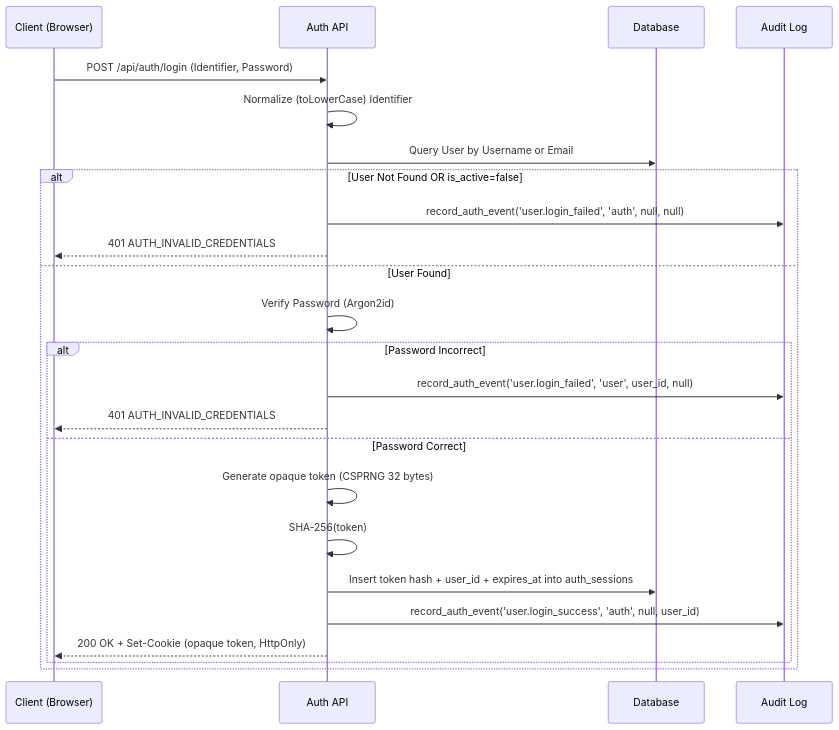
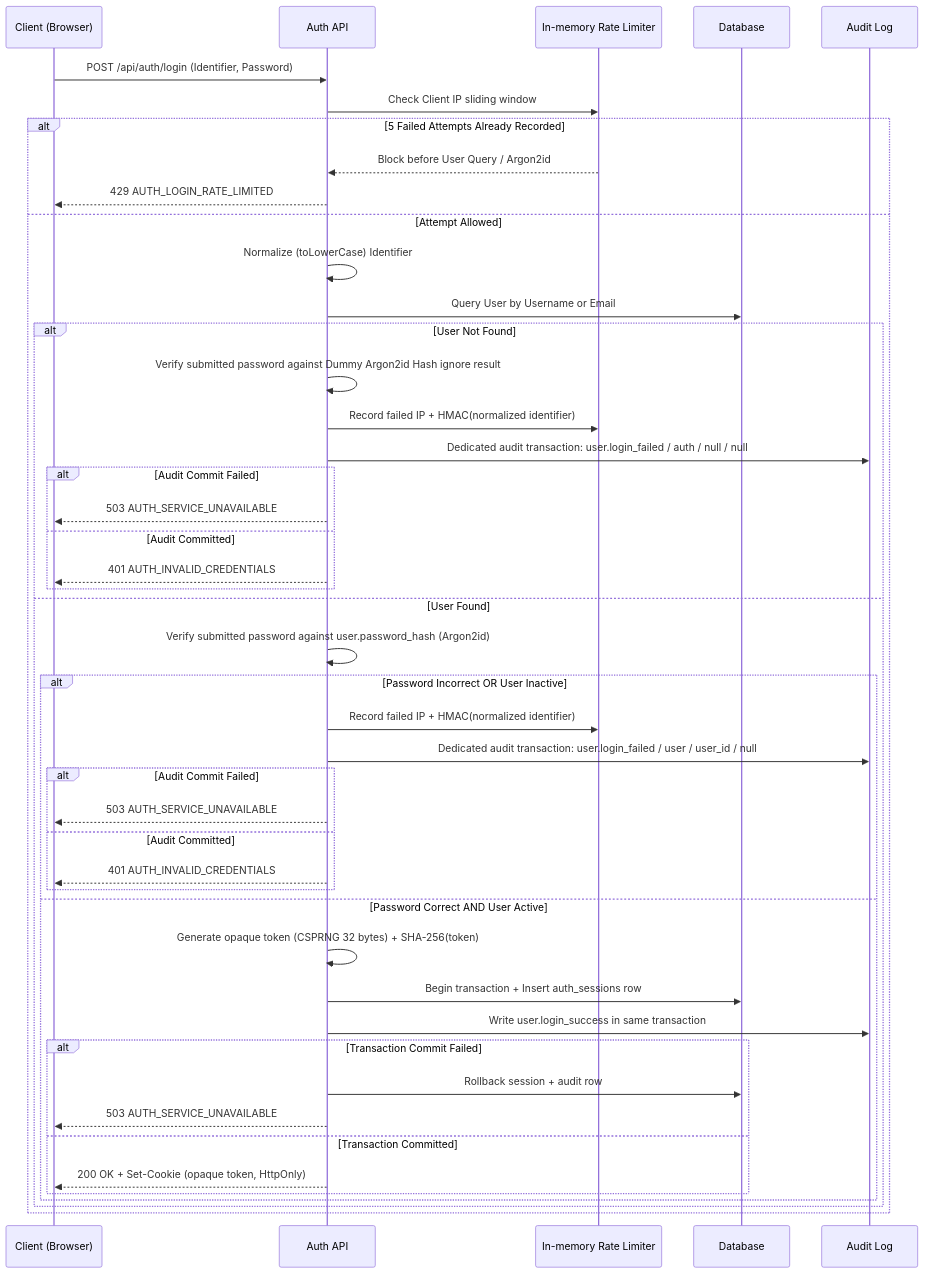
The third of 5 diagrams in Feature Design/00_Authentication(Naphat)/03_Component Diagram.md (Mynetmate/docs), drawn with Mermaid before and after one commit. The commit also changed other lines of this file and 45 other files, not shown here.

````diff
--- a/Feature Design/00_Authentication(Naphat)/03_Component Diagram.md
+++ b/Feature Design/00_Authentication(Naphat)/03_Component Diagram.md
@@ -5,28 +236,50 @@
 ```mermaid
 sequenceDiagram
     participant C as Client (Browser)
     participant A as Auth API
+    participant R as In-memory Rate Limiter
     participant DB as Database
     participant L as Audit Log
 
     C->>A: POST /api/auth/login (Identifier, Password)
-    A->>A: Normalize (toLowerCase) Identifier
-    A->>DB: Query User by Username or Email
-    
-    alt User Not Found OR is_active=false
-        A->>L: record_auth_event('user.login_failed', 'auth', null, null)
-        A-->>C: 401 AUTH_INVALID_CREDENTIALS
-    else User Found
-        A->>A: Verify Password (Argon2id)
-        alt Password Incorrect
-            A->>L: record_auth_event('user.login_failed', 'user', user_id, null)
-            A-->>C: 401 AUTH_INVALID_CREDENTIALS
-        else Password Correct
-            A->>A: Generate opaque token (CSPRNG 32 bytes)
-            A->>A: SHA-256(token)
-            A->>DB: Insert token hash + user_id + expires_at into auth_sessions
-            A->>L: record_auth_event('user.login_success', 'auth', null, user_id)
-            A-->>C: 200 OK + Set-Cookie (opaque token, HttpOnly)
+    A->>R: Check Client IP sliding window
+    alt 5 Failed Attempts Already Recorded
+        R-->>A: Block before User Query / Argon2id
+        A-->>C: 429 AUTH_LOGIN_RATE_LIMITED
+    else Attempt Allowed
+        A->>A: Normalize (toLowerCase) Identifier
+        A->>DB: Query User by Username or Email
+
+        alt User Not Found
+            A->>A: Verify submitted password against Dummy Argon2id Hash ignore result
+            A->>R: Record failed IP + HMAC(normalized identifier)
+            A->>L: Dedicated audit transaction: user.login_failed / auth / null / null
+            alt Audit Commit Failed
+                A-->>C: 503 AUTH_SERVICE_UNAVAILABLE
+            else Audit Committed
+                A-->>C: 401 AUTH_INVALID_CREDENTIALS
+            end
+        else User Found
+            A->>A: Verify submitted password against user.password_hash (Argon2id)
+            alt Password Incorrect OR User Inactive
+                A->>R: Record failed IP + HMAC(normalized identifier)
+                A->>L: Dedicated audit transaction: user.login_failed / user / user_id / null
+                alt Audit Commit Failed
+                    A-->>C: 503 AUTH_SERVICE_UNAVAILABLE
+                else Audit Committed
+                    A-->>C: 401 AUTH_INVALID_CREDENTIALS
+                end
+            else Password Correct AND User Active
+                A->>A: Generate opaque token (CSPRNG 32 bytes) + SHA-256(token)
+                A->>DB: Begin transaction + Insert auth_sessions row
+                A->>L: Write user.login_success in same transaction
+                alt Transaction Commit Failed
+                    A->>DB: Rollback session + audit row
+                    A-->>C: 503 AUTH_SERVICE_UNAVAILABLE
+                else Transaction Committed
+                    A-->>C: 200 OK + Set-Cookie (opaque token, HttpOnly)
+                end
+            end
         end
     end
 ```
````
